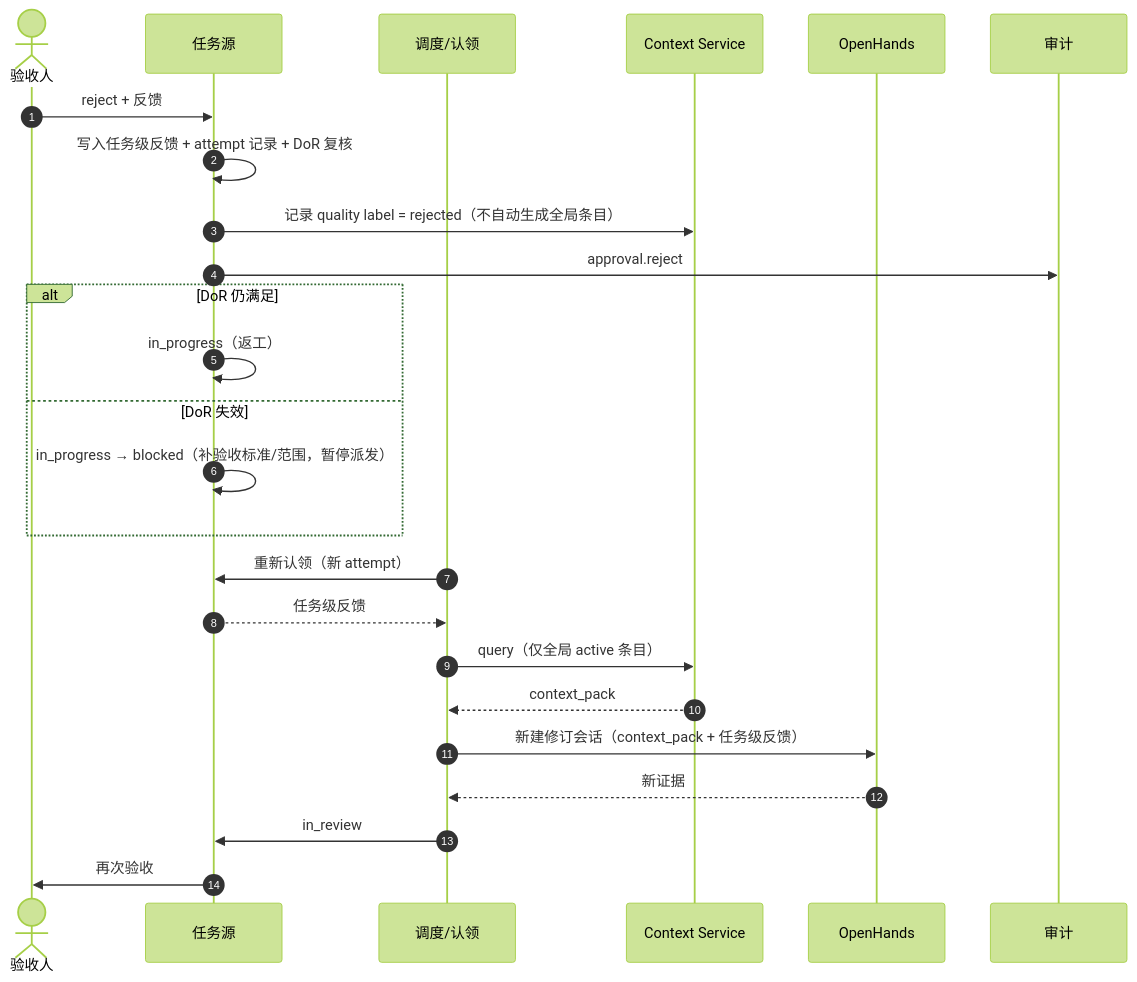
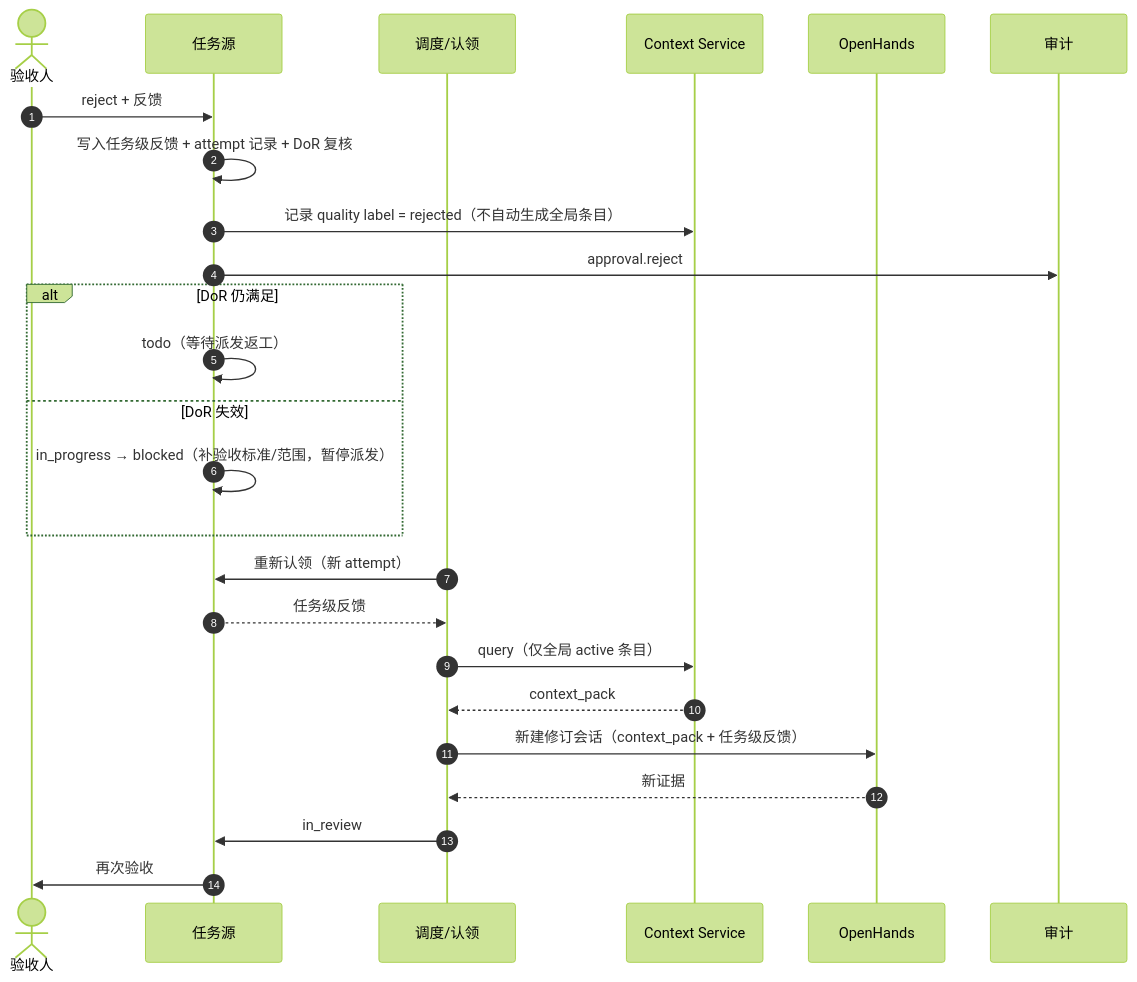
The fifth of 10 diagrams in docs/06-流程时序图.md (zqshi/cooperation), drawn with Mermaid (forest theme) before and after one commit. The commit also changed other lines of this file and 10 other files, not shown here.

````diff
--- a/docs/06-流程时序图.md
+++ b/docs/06-流程时序图.md
@@ -269,30 +300,30 @@
 ```mermaid
 sequenceDiagram
   autonumber
   actor H as 验收人
   participant TS as 任务源
   participant SCH as 调度/认领
   participant CS as Context Service
   participant OH as OpenHands
   participant AU as 审计
 
   H->>TS: reject + 反馈
   TS->>TS: 写入任务级反馈 + attempt 记录 + DoR 复核
   TS->>CS: 记录 quality label = rejected（不自动生成全局条目）
   TS->>AU: approval.reject
 
   alt DoR 仍满足
-    TS->>TS: in_progress（返工）
+    TS->>TS: todo（等待派发返工）
   else DoR 失效
     TS->>TS: in_progress → blocked（补验收标准/范围，暂停派发）
   end
 
   SCH->>TS: 重新认领（新 attempt）
   TS-->>SCH: 任务级反馈
   SCH->>CS: query（仅全局 active 条目）
   CS-->>SCH: context_pack
   SCH->>OH: 新建修订会话（context_pack + 任务级反馈）
   OH-->>SCH: 新证据
   SCH->>TS: in_review
   TS->>H: 再次验收
 ```
````
